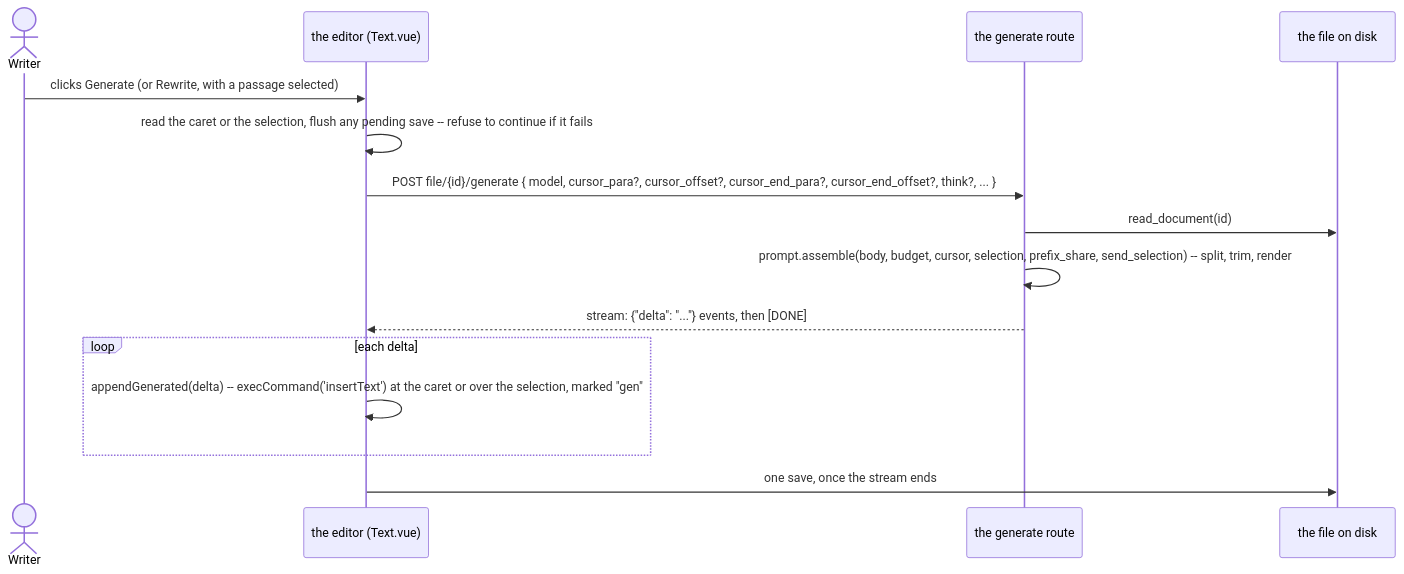
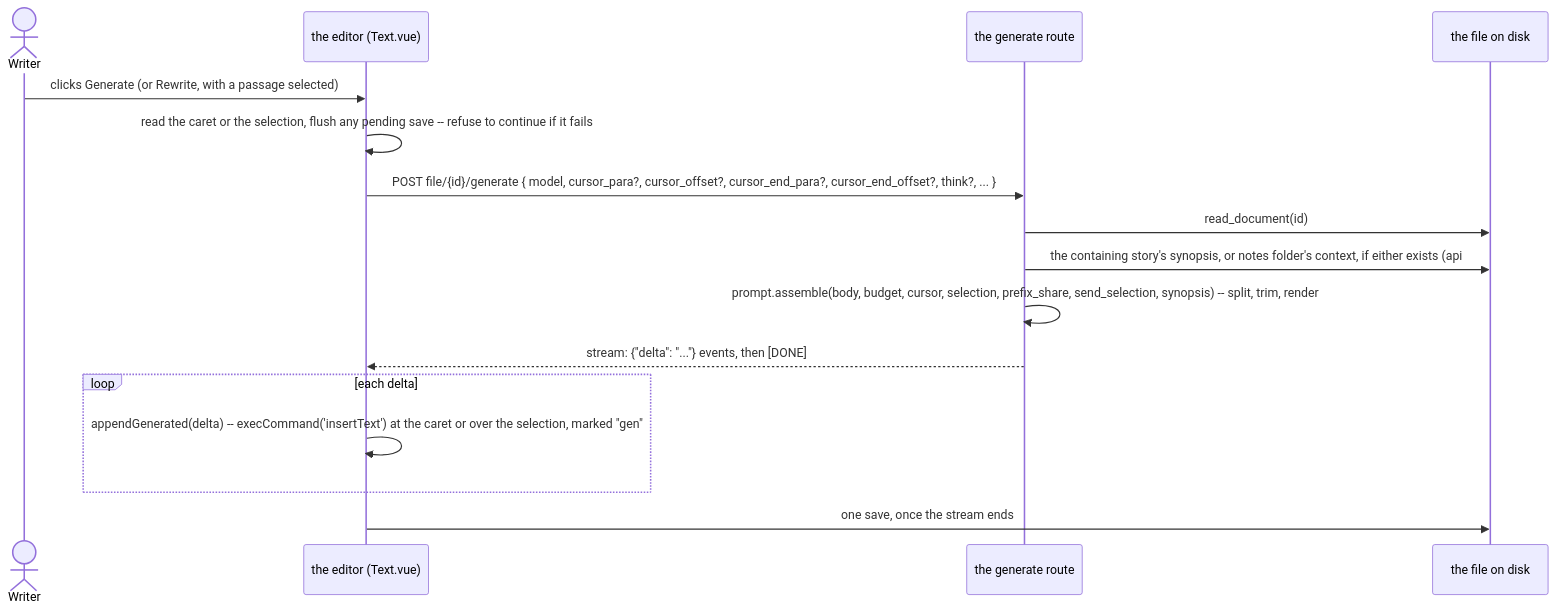
The first of 2 diagrams in docs/prompt.md (InkSpireEditor/inkspire-api), drawn with Mermaid before and after one commit. The commit also changed other lines of this file and 9 other files, not shown here.

First line of the commit message:
Bring a story's synopsis or a notes folder's context into the prompt

````diff
--- a/docs/prompt.md
+++ b/docs/prompt.md
@@ -13,18 +13,19 @@
 ```mermaid
 sequenceDiagram
     actor W as Writer
     participant E as the editor (Text.vue)
     participant API as the generate route
     participant FS as the file on disk
 
     W->>E: clicks Generate (or Rewrite, with a passage selected)
     E->>E: read the caret or the selection, flush any pending save -- refuse to continue if it fails
     E->>API: POST file/{id}/generate { model, cursor_para?, cursor_offset?, cursor_end_para?, cursor_end_offset?, think?, ... }
     API->>FS: read_document(id)
-    API->>API: prompt.assemble(body, budget, cursor, selection, prefix_share, send_selection) -- split, trim, render
+    API->>FS: the containing story's synopsis, or notes folder's context, if either exists (api#17)
+    API->>API: prompt.assemble(body, budget, cursor, selection, prefix_share, send_selection, synopsis) -- split, trim, render
     API-->>E: stream: {"delta": "..."} events, then [DONE]
     loop each delta
         E->>E: appendGenerated(delta) -- execCommand('insertText') at the caret or over the selection, marked "gen"
     end
     E->>FS: one save, once the stream ends
 ```
````
